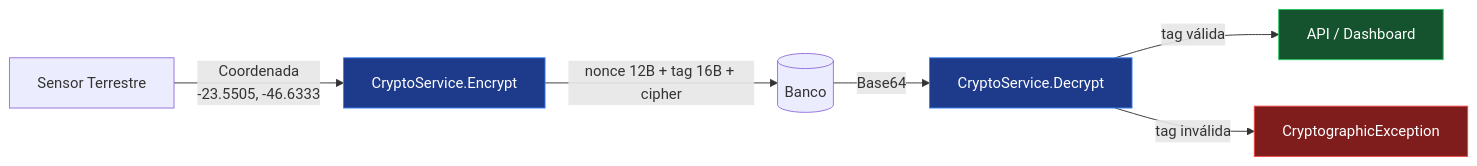
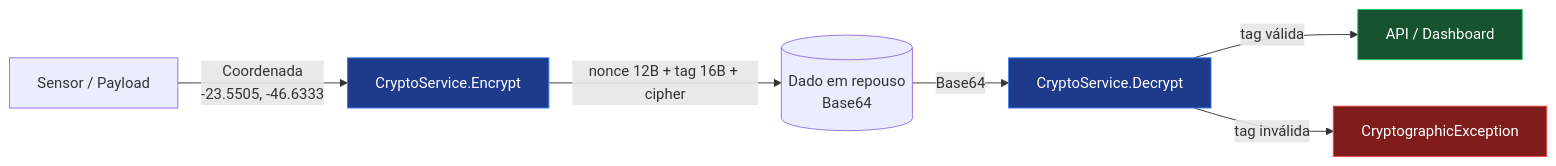
Before and after one commit to vitordpacifico/orbital-trust-sec: the diagram in README.md, drawn with Mermaid. The commit also changed other lines of this file, not shown here.

````diff
--- a/README.md
+++ b/README.md
@@ -118,13 +121,13 @@
 ```mermaid
 flowchart LR
-    A[Sensor Terrestre] -->|Coordenada<br/>-23.5505, -46.6333| B[CryptoService.Encrypt]
-    B -->|nonce 12B + tag 16B + cipher| C[(Banco)]
+    A[Sensor / Payload] -->|Coordenada<br/>-23.5505, -46.6333| B[CryptoService.Encrypt]
+    B -->|nonce 12B + tag 16B + cipher| C[(Dado em repouso<br/>Base64)]
     C -->|Base64| D[CryptoService.Decrypt]
     D -->|tag válida| E[API / Dashboard]
     D -->|tag inválida| F[CryptographicException]
 
     style B fill:#1e3a8a,stroke:#3b82f6,color:#fff
     style D fill:#1e3a8a,stroke:#3b82f6,color:#fff
     style F fill:#7f1d1d,stroke:#ef4444,color:#fff
     style E fill:#14532d,stroke:#22c55e,color:#fff
 ```
````
